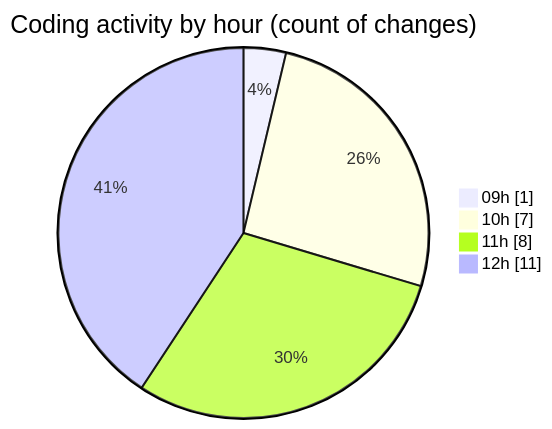
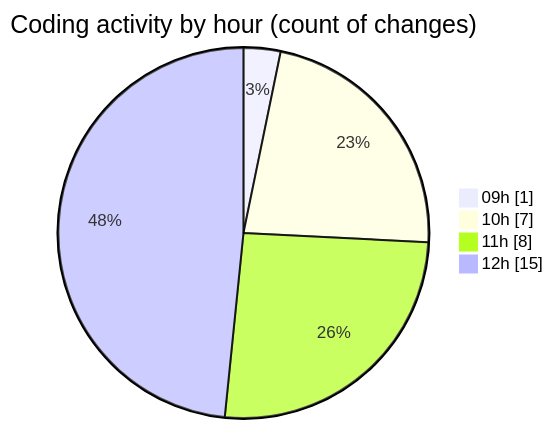
Before and after one commit to Elitesun/code-tracking: the second of 2 diagrams in 2025-02-12/elitegpt/README.md, drawn with Mermaid. The commit also changed other lines of this file and 1 other file, not shown here.

````diff
--- a/2025-02-12/elitegpt/README.md
+++ b/2025-02-12/elitegpt/README.md
@@ -39,8 +39,8 @@
 ```mermaid
 pie showData
 title Coding activity by hour (count of changes)
 "09h" : 1
 "10h" : 7
 "11h" : 8
-"12h" : 11
+"12h" : 15
 ```
````
